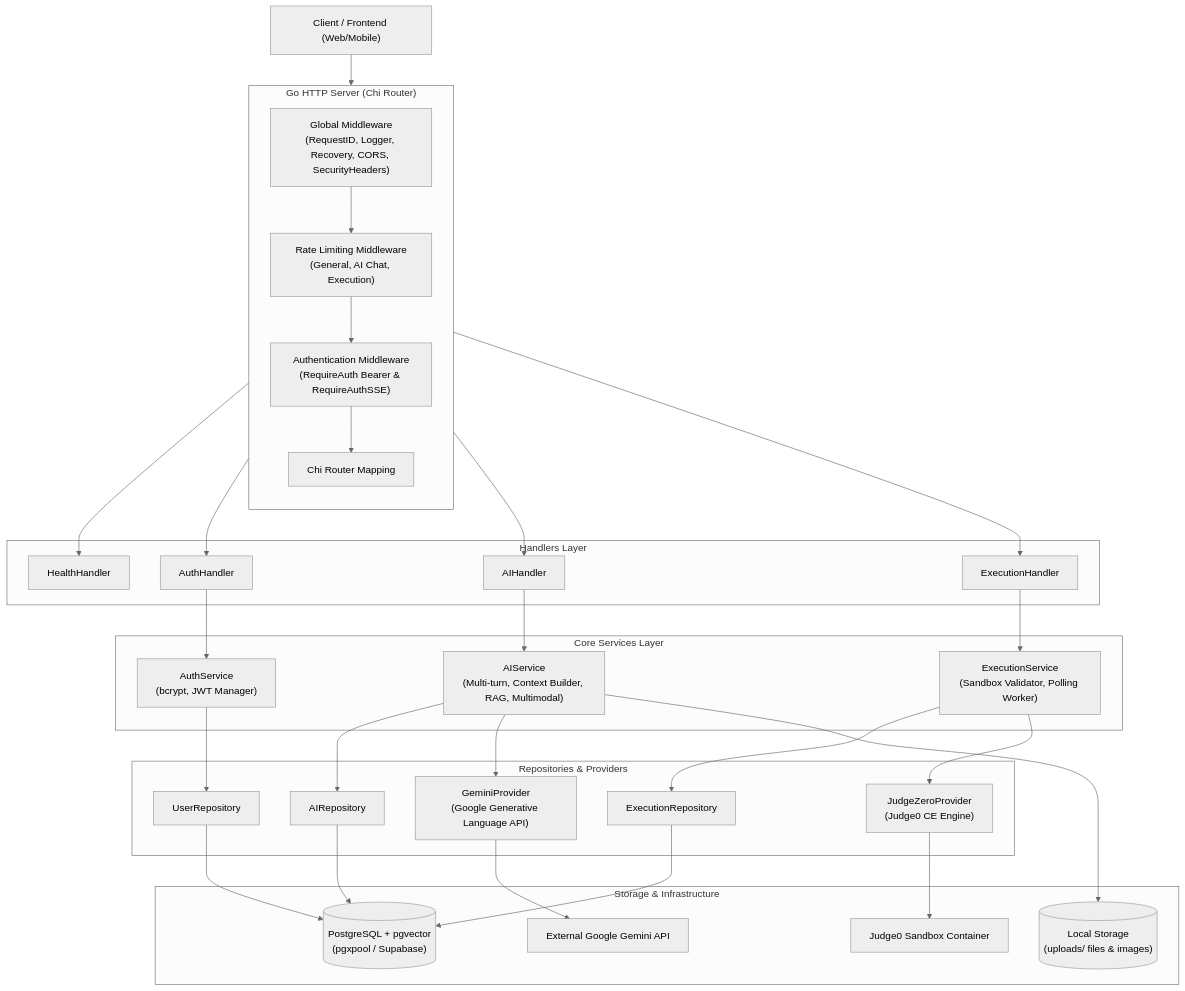
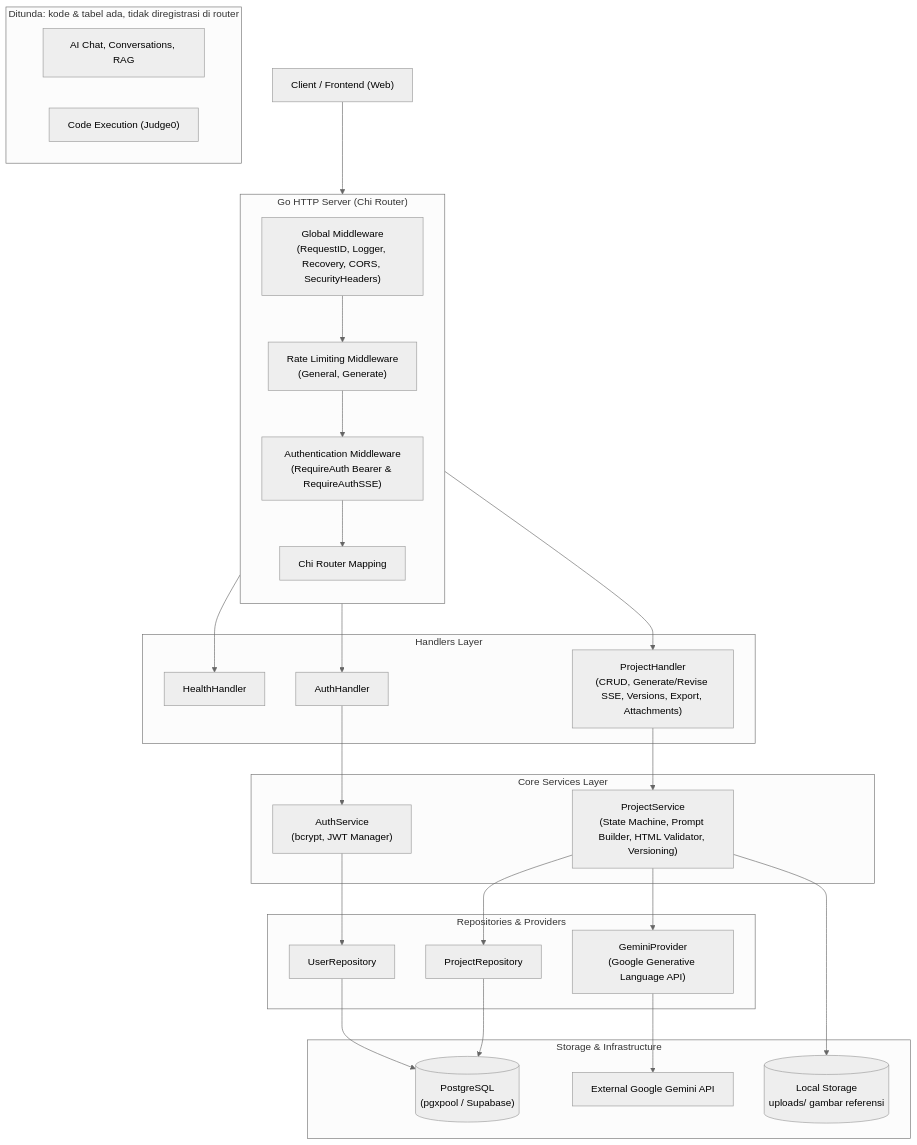
One commit to Abshoor24/NusaAI-BE changed the first of 3 diagrams in docs/architecture.md. Above: the diagram before and after it, drawn with Mermaid (neutral theme). The commit also changed other lines of this file and 4 other files, not shown here.

````diff
--- a/docs/architecture.md
+++ b/docs/architecture.md
@@ -29,68 +43,61 @@
 ```mermaid
 flowchart TD
-    Client["Client / Frontend (Web/Mobile)"]
+    Client["Client / Frontend (Web)"]
 
-    subgraph "Go HTTP Server (Chi Router)"
+    subgraph Server["Go HTTP Server (Chi Router)"]
         direction TB
         MW_Global["Global Middleware<br>(RequestID, Logger, Recovery, CORS, SecurityHeaders)"]
-        MW_RateLimit["Rate Limiting Middleware<br>(General, AI Chat, Execution)"]
+        MW_RateLimit["Rate Limiting Middleware<br>(General, Generate)"]
         MW_Auth["Authentication Middleware<br>(RequireAuth Bearer & RequireAuthSSE)"]
-        
         Router["Chi Router Mapping"]
     end
 
-    subgraph "Handlers Layer"
+    subgraph Handlers["Handlers Layer"]
         H_Health["HealthHandler"]
         H_Auth["AuthHandler"]
-        H_AI["AIHandler"]
-        H_Exec["ExecutionHandler"]
+        H_Project["ProjectHandler<br>(CRUD, Generate/Revise SSE, Versions, Export, Attachments)"]
     end
 
-    subgraph "Core Services Layer"
+    subgraph Services["Core Services Layer"]
         S_Auth["AuthService<br>(bcrypt, JWT Manager)"]
-        S_AI["AIService<br>(Multi-turn, Context Builder, RAG, Multimodal)"]
-        S_Exec["ExecutionService<br>(Sandbox Validator, Polling Worker)"]
+        S_Project["ProjectService<br>(State Machine, Prompt Builder, HTML Validator, Versioning)"]
     end
 
-    subgraph "Repositories & Providers"
+    subgraph Infra["Repositories & Providers"]
         R_User["UserRepository"]
-        R_AI["AIRepository"]
-        R_Exec["ExecutionRepository"]
+        R_Project["ProjectRepository"]
         P_Gemini["GeminiProvider<br>(Google Generative Language API)"]
-        P_Judge0["JudgeZeroProvider<br>(Judge0 CE Engine)"]
     end
 
-    subgraph "Storage & Infrastructure"
-        DB[("PostgreSQL + pgvector<br>(pgxpool / Supabase)")]
-        Disk[("Local Storage<br>(uploads/ files & images)")]
+    subgraph Storage["Storage & Infrastructure"]
+        DB[("PostgreSQL<br>(pgxpool / Supabase)")]
+        Disk[("Local Storage<br>uploads/ gambar referensi")]
         Ext_Gemini["External Google Gemini API"]
-        Ext_Judge0["Judge0 Sandbox Container"]
+    end
+
+    subgraph Deferred["Ditunda: kode & tabel ada, tidak diregistrasi di router"]
+        D_AI["AI Chat, Conversations, RAG"]
+        D_Exec["Code Execution (Judge0)"]
     end
 
     Client --> MW_Global
     MW_Global --> MW_RateLimit
     MW_RateLimit --> MW_Auth
     MW_Auth --> Router
 
     Router --> H_Health
     Router --> H_Auth
-    Router --> H_AI
-    Router --> H_Exec
+    Router --> H_Project
 
     H_Auth --> S_Auth
-    H_AI --> S_AI
-    H_Exec --> S_Exec
+    H_Project --> S_Project
 
     S_Auth --> R_User
-    S_AI --> R_AI
-    S_AI --> P_Gemini
-    S_AI --> Disk
-    S_Exec --> R_Exec
-    S_Exec --> P_Judge0
+    S_Project --> R_Project
+    S_Project --> P_Gemini
+    S_Project --> Disk
 
     R_User --> DB
-    R_AI --> DB
-    R_Exec --> DB
+    R_Project --> DB
     P_Gemini --> Ext_Gemini
-    P_Judge0 --> Ext_Judge0
 ```
````
